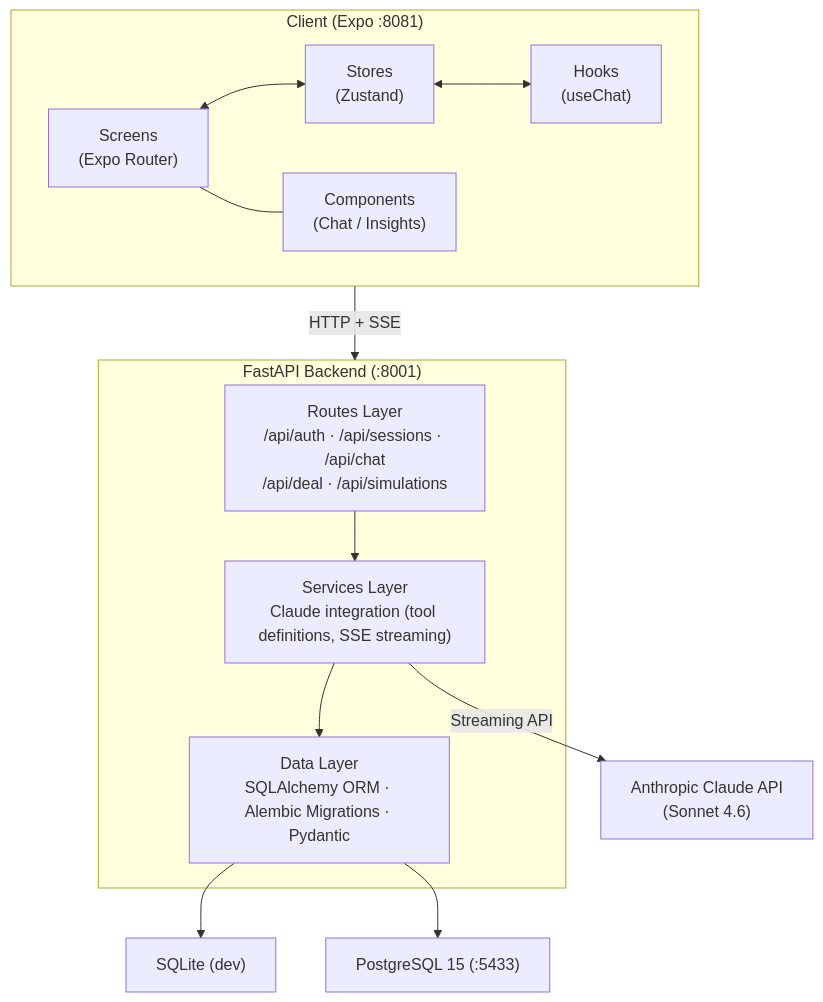
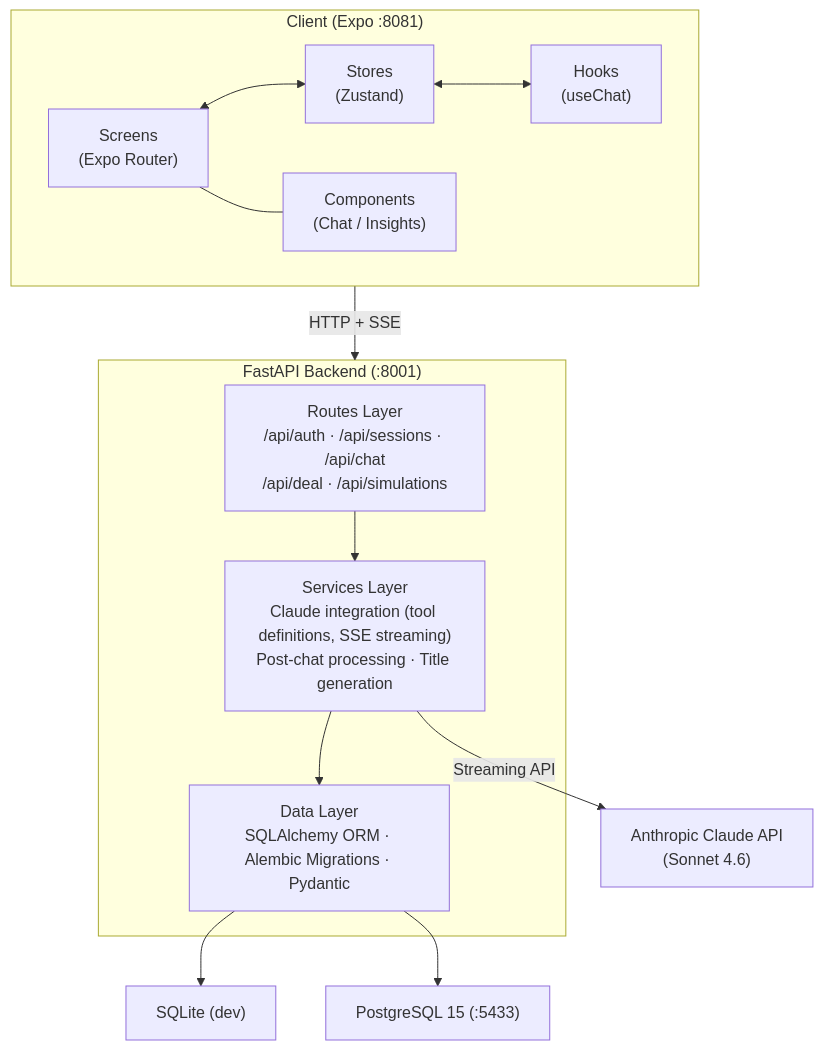
One commit to kramersmith/dealership-ai changed the first of 2 diagrams in docs/TRD.md. Above: the diagram before and after it, drawn with Mermaid. The commit also changed other lines of this file and 33 other files, not shown here.

````diff
--- a/docs/TRD.md
+++ b/docs/TRD.md
@@ -70,24 +70,24 @@
 ```mermaid
 graph TB
     subgraph Client["Client (Expo :8081)"]
         Screens["Screens<br/>(Expo Router)"]
         Stores["Stores<br/>(Zustand)"]
         Hooks["Hooks<br/>(useChat)"]
         Components["Components<br/>(Chat / Insights)"]
         Screens <--> Stores <--> Hooks
         Screens --- Components
     end
 
     Client -->|"HTTP + SSE"| Backend
 
     subgraph Backend["FastAPI Backend (:8001)"]
         Routes["Routes Layer<br/>/api/auth · /api/sessions · /api/chat<br/>/api/deal · /api/simulations"]
-        Services["Services Layer<br/>Claude integration (tool definitions, SSE streaming)"]
+        Services["Services Layer<br/>Claude integration (tool definitions, SSE streaming)<br/>Post-chat processing · Title generation"]
         Data["Data Layer<br/>SQLAlchemy ORM · Alembic Migrations · Pydantic"]
         Routes --> Services --> Data
     end
 
     Data --> SQLite["SQLite (dev)"]
     Data --> PostgreSQL["PostgreSQL 15 (:5433)"]
     Services -->|"Streaming API"| Claude["Anthropic Claude API<br/>(Sonnet 4.6)"]
 ```
````
